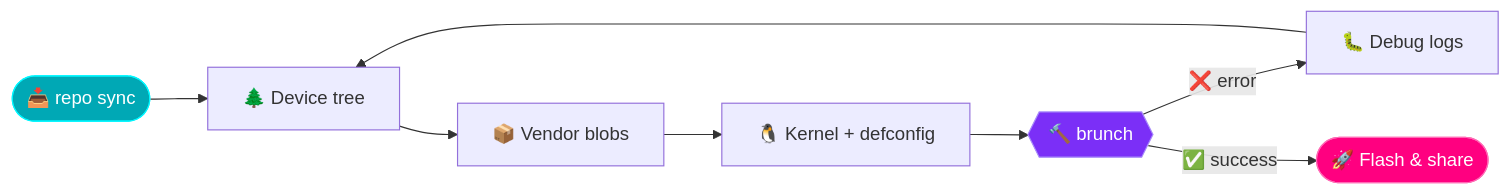
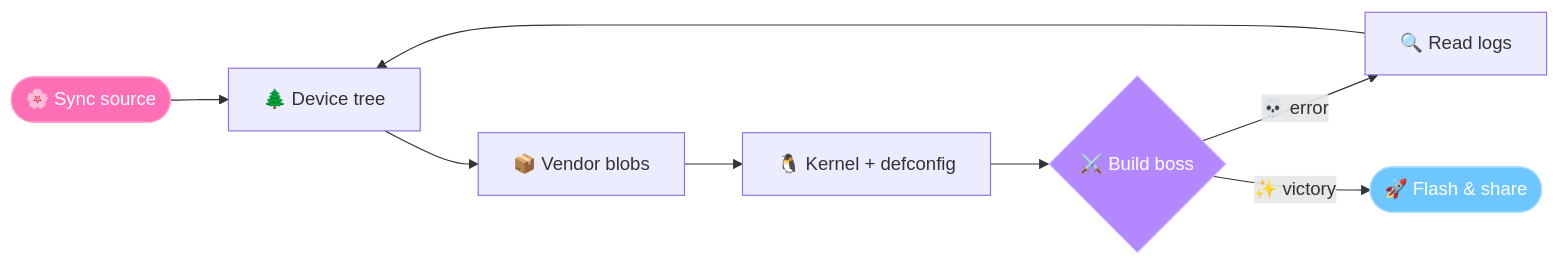
The diagram in README.md (Huy7684/Huy7684), drawn with Mermaid before and after one commit. The commit also changed other lines of this file, not shown here.

````diff
--- a/README.md
+++ b/README.md
@@ -42,13 +49,13 @@
 ```mermaid
 flowchart LR
-    A([📥 repo sync]) --> B[🌲 Device tree]
+    A([🌸 Sync source]) --> B[🌲 Device tree]
     B --> C[📦 Vendor blobs]
     C --> D[🐧 Kernel + defconfig]
-    D --> E{{🔨 brunch}}
-    E -->|❌ error| F[🐛 Debug logs]
+    D --> E{⚔️ Build boss}
+    E -->|💀 error| F[🔍 Read logs]
     F --> B
-    E -->|✅ success| G([🚀 Flash & share])
-    style A fill:#00A8B5,stroke:#00F7FF,color:#fff
-    style E fill:#7B2FF7,stroke:#a78bfa,color:#fff
-    style G fill:#FF0080,stroke:#ff6ab5,color:#fff
+    E -->|✨ victory| G([🚀 Flash & share])
+    style A fill:#FF6FB5,stroke:#ff9ecd,color:#fff
+    style E fill:#B388FF,stroke:#d0b8ff,color:#fff
+    style G fill:#6EC6FF,stroke:#a6dcff,color:#fff
 ```
````
